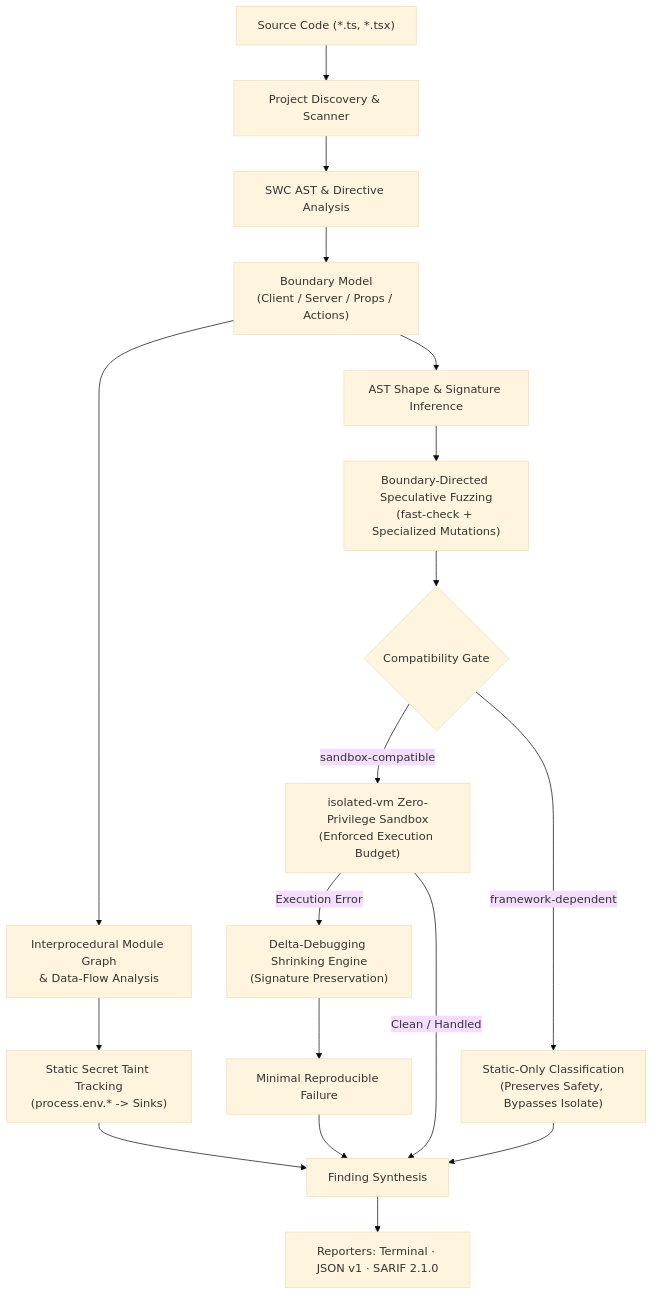
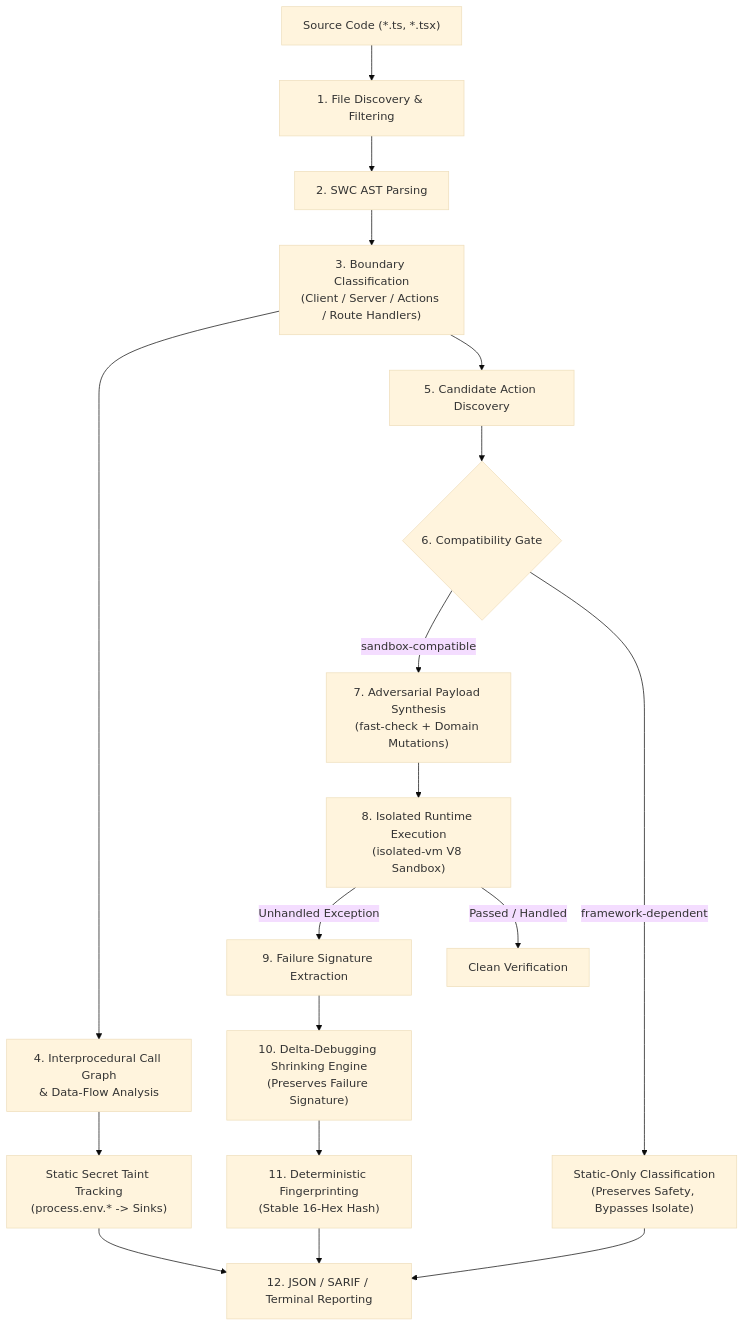
Before and after one commit to AashirZayd/sis: the diagram in README.md, drawn with Mermaid (base theme). The commit also changed other lines of this file and 43 other files, not shown here.

````diff
--- a/README.md
+++ b/README.md
@@ -52,27 +89,28 @@
 ```mermaid
 flowchart TD
-    Source["Source Code (*.ts, *.tsx)"] --> Scanner["Project Discovery & Scanner"]
-    Scanner --> AST["SWC AST & Directive Analysis"]
-    AST --> Boundary["Boundary Model
-(Client / Server / Props / Actions)"]
-    Boundary --> Dataflow["Interprocedural Module Graph
+    Source["Source Code (*.ts, *.tsx)"] --> Scanner["1. File Discovery & Filtering"]
+    Scanner --> AST["2. SWC AST Parsing"]
+    AST --> Boundary["3. Boundary Classification
+(Client / Server / Actions / Route Handlers)"]
+    Boundary --> Dataflow["4. Interprocedural Call Graph
 & Data-Flow Analysis"]
     Dataflow --> Taint["Static Secret Taint Tracking
 (process.env.* -> Sinks)"]
-    Boundary --> Shape["AST Shape & Signature Inference"]
-    Shape --> Fuzz["Boundary-Directed Speculative Fuzzing
-(fast-check + Specialized Mutations)"]
-    Fuzz --> Gate{"Compatibility Gate"}
-    Gate -->|"sandbox-compatible"| Sandbox["isolated-vm Zero-Privilege Sandbox
-(Enforced Execution Budget)"]
+    Boundary --> Candidates["5. Candidate Action Discovery"]
+    Candidates --> Gate{"6. Compatibility Gate"}
+    Gate -->|"sandbox-compatible"| Fuzz["7. Adversarial Payload Synthesis
+(fast-check + Domain Mutations)"]
     Gate -->|"framework-dependent"| StaticOnly["Static-Only Classification
 (Preserves Safety, Bypasses Isolate)"]
-    Sandbox -->|"Execution Error"| Shrinker["Delta-Debugging Shrinking Engine
-(Signature Preservation)"]
-    Shrinker --> Repro["Minimal Reproducible Failure"]
-    Sandbox -->|"Clean / Handled"| Findings["Finding Synthesis"]
-    Taint --> Findings
-    StaticOnly --> Findings
-    Repro --> Findings
-    Findings --> Reporter["Reporters: Terminal · JSON v1 · SARIF 2.1.0"]
+    Fuzz --> Sandbox["8. Isolated Runtime Execution
+(isolated-vm V8 Sandbox)"]
+    Sandbox -->|"Unhandled Exception"| Signature["9. Failure Signature Extraction"]
+    Signature --> Shrinker["10. Delta-Debugging Shrinking Engine
+(Preserves Failure Signature)"]
+    Shrinker --> Fingerprint["11. Deterministic Fingerprinting
+(Stable 16-Hex Hash)"]
+    Sandbox -->|"Passed / Handled"| Clean["Clean Verification"]
+    Taint --> Reporting["12. JSON / SARIF / Terminal Reporting"]
+    StaticOnly --> Reporting
+    Fingerprint --> Reporting
 ```
````
